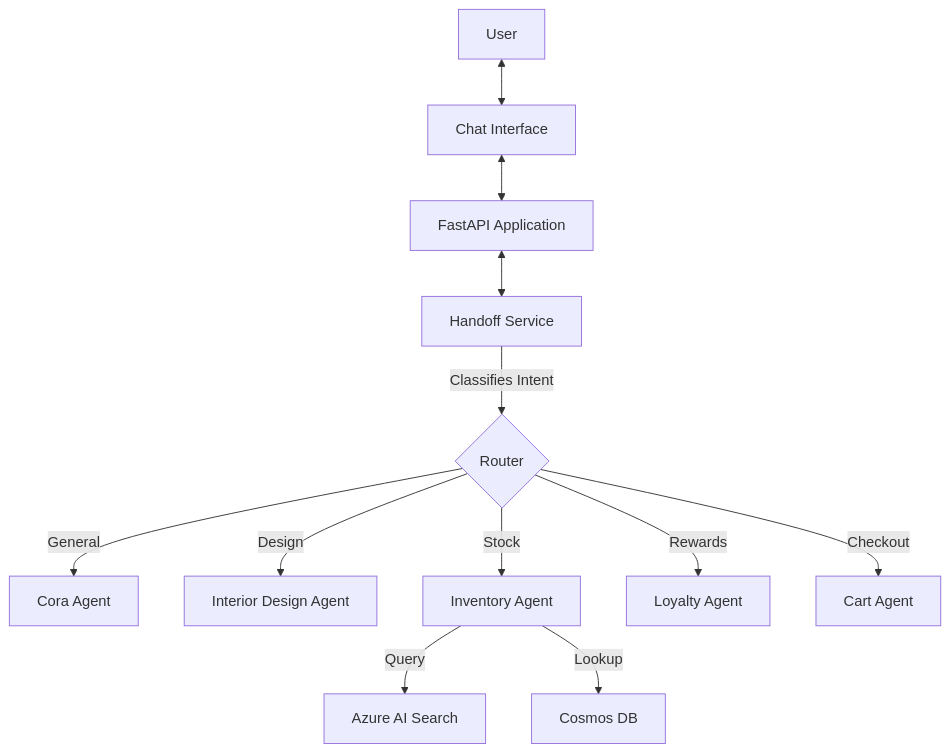
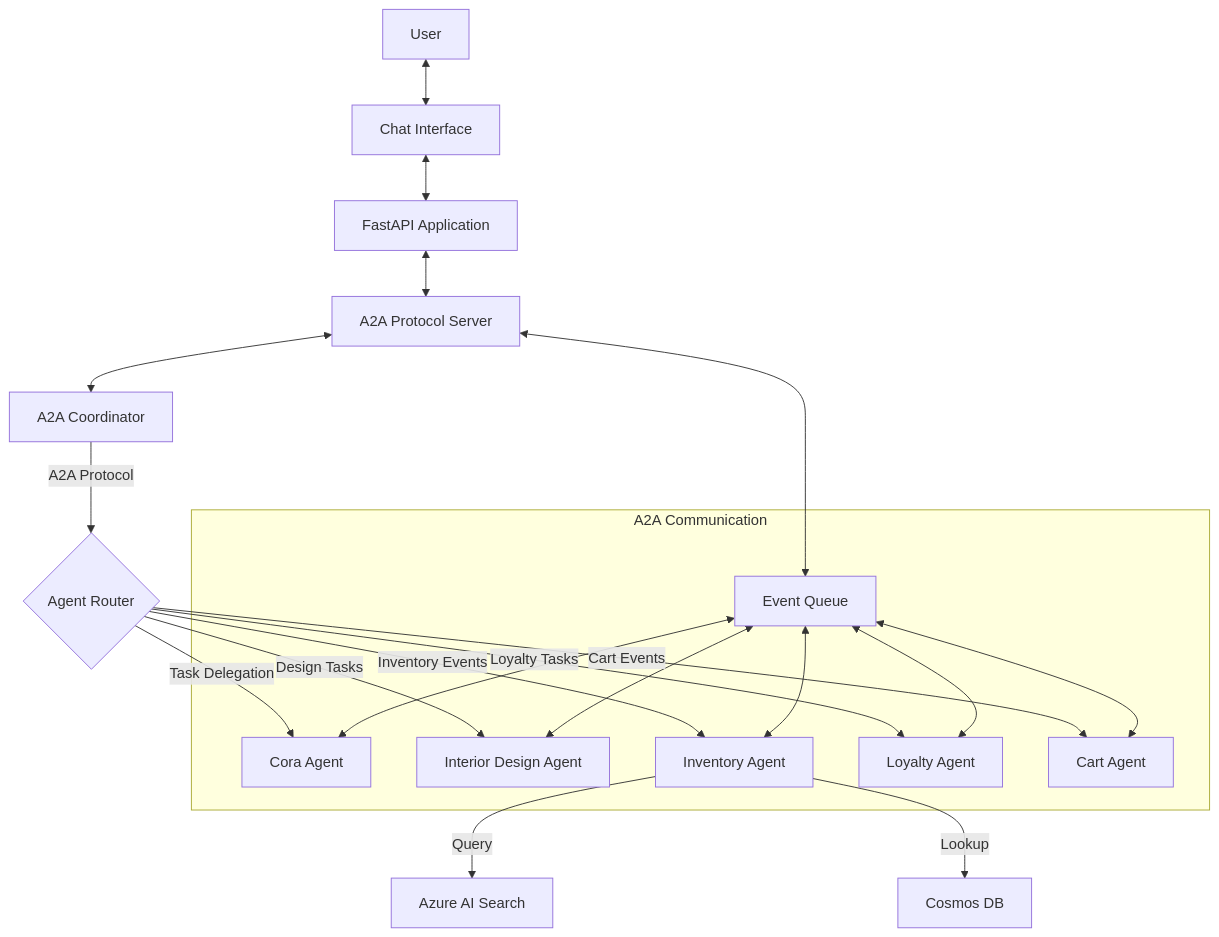
Before and after one commit to Cloud2BR-MSFTLearningHub/Agentic-DevOps-AI-Shopping: the diagram in README.md, drawn with Mermaid. The commit also changed other lines of this file and 40 other files, not shown here.

````diff
--- a/README.md
+++ b/README.md
@@ -37,16 +68,26 @@
 ```mermaid
 graph TD
     User[User] <--> UI[Chat Interface]
     UI <--> App[FastAPI Application]
-    App <--> Handoff[Handoff Service]
-    Handoff -->|Classifies Intent| Router{Router}
+    App <--> A2A[A2A Protocol Server]
+    A2A <--> EventQueue[Event Queue]
+    A2A <--> Coordinator[A2A Coordinator]
     
-    Router -->|General| Cora[Cora Agent]
-    Router -->|Design| Design[Interior Design Agent]
-    Router -->|Stock| Inventory[Inventory Agent]
-    Router -->|Rewards| Loyalty[Loyalty Agent]
-    Router -->|Checkout| Cart[Cart Agent]
+    Coordinator -->|A2A Protocol| Router{Agent Router}
+    Router -->|Task Delegation| Cora[Cora Agent]
+    Router -->|Design Tasks| Design[Interior Design Agent]
+    Router -->|Inventory Events| Inventory[Inventory Agent]
+    Router -->|Loyalty Tasks| Loyalty[Loyalty Agent]
+    Router -->|Cart Events| Cart[Cart Agent]
+    
+    subgraph "A2A Communication"
+        EventQueue <--> Cora
+        EventQueue <--> Design
+        EventQueue <--> Inventory
+        EventQueue <--> Loyalty
+        EventQueue <--> Cart
+    end
     
     Inventory -->|Query| Search[Azure AI Search]
     Inventory -->|Lookup| Cosmos[Cosmos DB]
 ```
````
